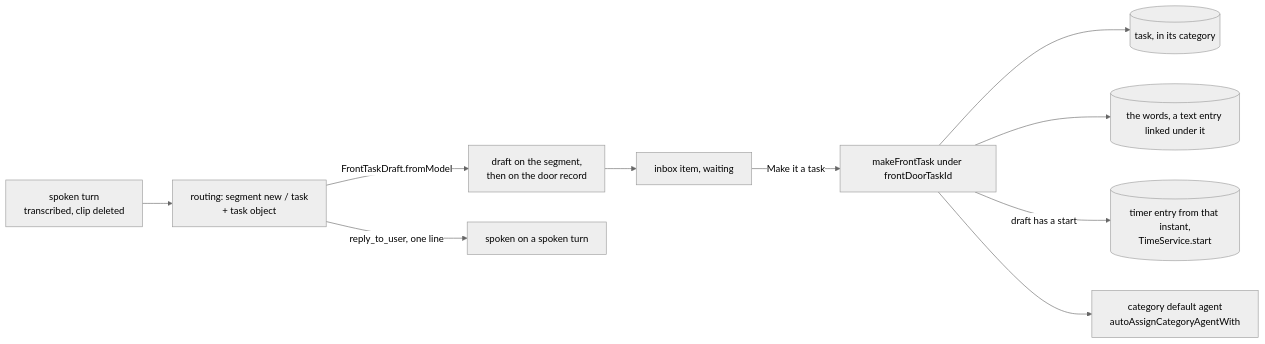
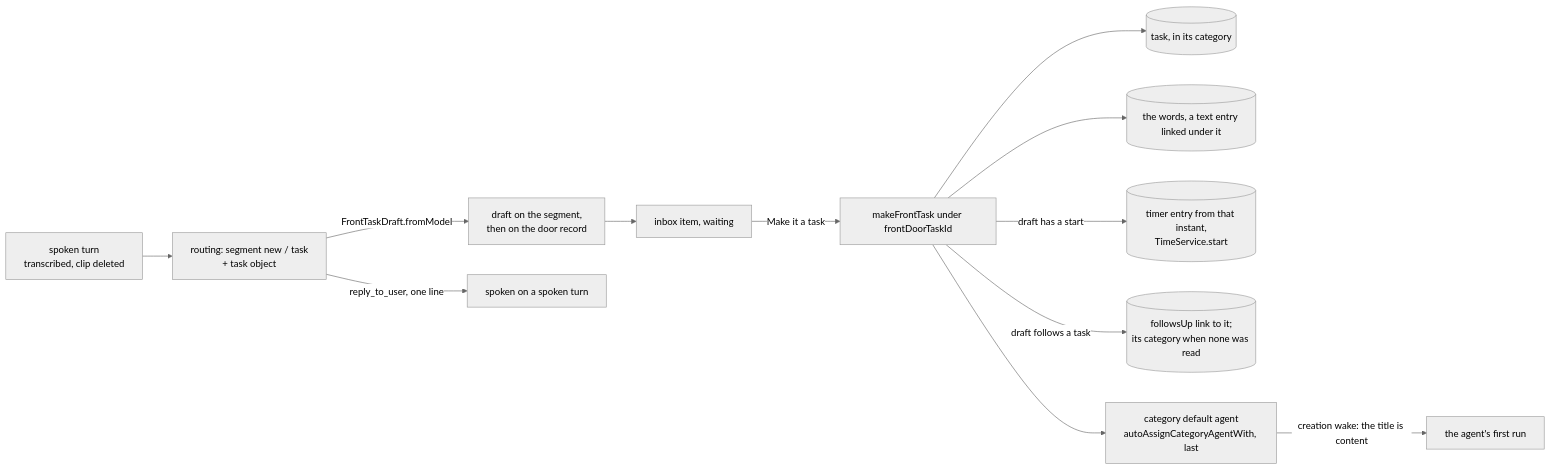
The fourth of 9 diagrams in knowledge/features/front_agent.md (matthiasn/lotti), drawn with Mermaid (neutral theme) before and after one commit. The commit also changed other lines of this file and 19 other files, not shown here.

First line of the commit message:
feat(front-agent): a follow-up to "that one" is linked to the task it follows

````diff
--- a/knowledge/features/front_agent.md
+++ b/knowledge/features/front_agent.md
@@ -565,12 +592,14 @@
 ```mermaid
 flowchart LR
   W[spoken turn<br/>transcribed, clip deleted] --> R[routing: segment new / task<br/>+ task object]
   R -->|FrontTaskDraft.fromModel| V[draft on the segment,<br/>then on the door record]
   V --> I[inbox item, waiting]
   I -->|Make it a task| M[makeFrontTask under frontDoorTaskId]
   M --> T[(task, in its category)]
   M --> E[(the words, a text entry linked under it)]
   M -->|draft has a start| C[(timer entry from that instant,<br/>TimeService.start)]
-  M --> A[category default agent<br/>autoAssignCategoryAgentWith]
+  M -->|draft follows a task| L[(followsUp link to it;<br/>its category when none was read)]
+  M --> A[category default agent<br/>autoAssignCategoryAgentWith, last]
+  A -->|creation wake: the title is content| G[the agent's first run]
   R -->|reply_to_user, one line| S[spoken on a spoken turn]
 ```
````
